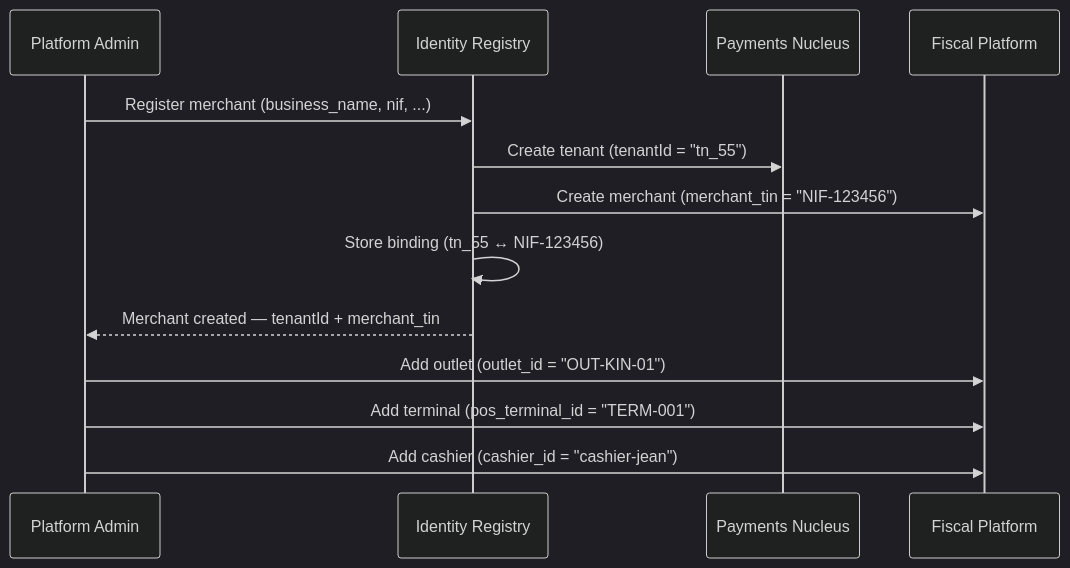
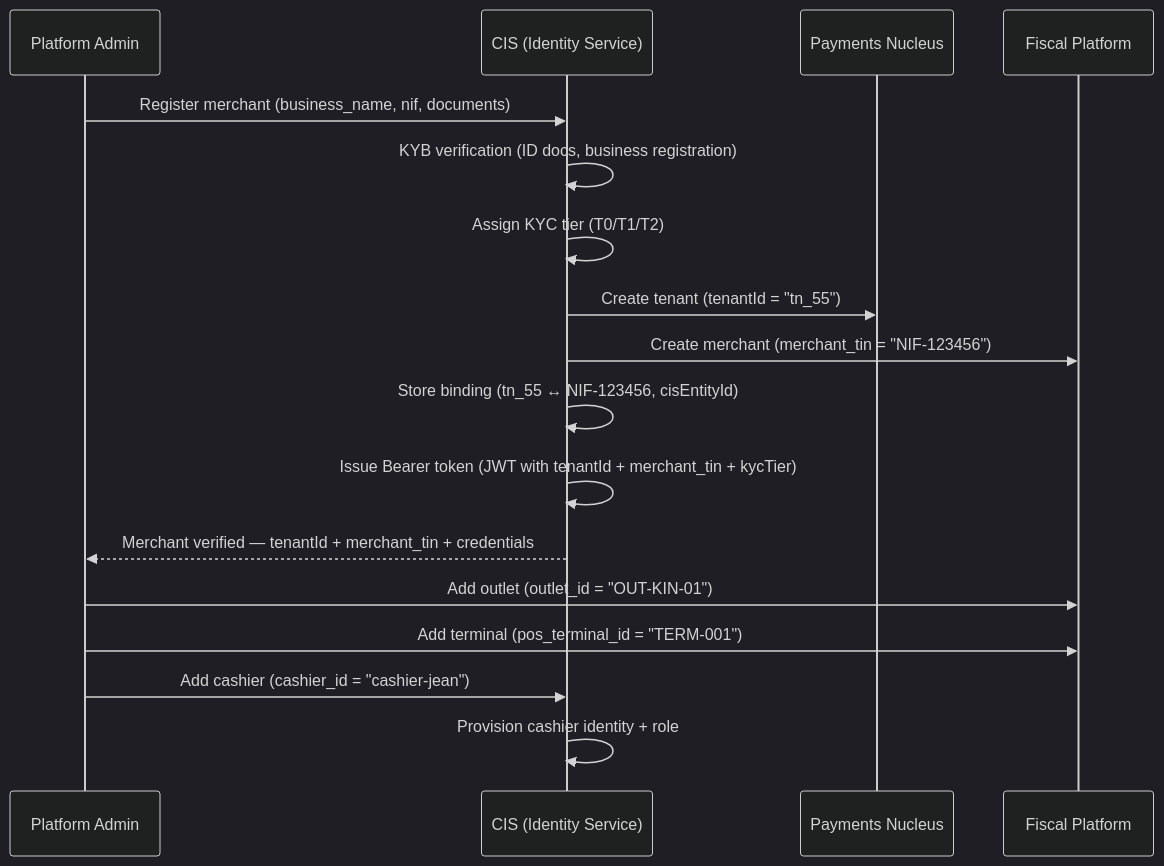
Before and after one commit to stalela/stalela-docs: the diagram in docs/30-integration/merchant-identity.md, drawn with Mermaid (dark theme). The commit also changed other lines of this file and 106 other files, not shown here.

````diff
--- a/docs/30-integration/merchant-identity.md
+++ b/docs/30-integration/merchant-identity.md
@@ -45,17 +47,21 @@
 ```mermaid
 sequenceDiagram
     participant Admin as Platform Admin
-    participant REG as Identity Registry
+    participant CIS as CIS (Identity Service)
     participant PAY as Payments Nucleus
     participant FIS as Fiscal Platform
 
-    Admin->>REG: Register merchant (business_name, nif, ...)
-    REG->>PAY: Create tenant (tenantId = "tn_55")
-    REG->>FIS: Create merchant (merchant_tin = "NIF-123456")
-    REG->>REG: Store binding (tn_55 ↔ NIF-123456)
-    REG-->>Admin: Merchant created — tenantId + merchant_tin
+    Admin->>CIS: Register merchant (business_name, nif, documents)
+    CIS->>CIS: KYB verification (ID docs, business registration)
+    CIS->>CIS: Assign KYC tier (T0/T1/T2)
+    CIS->>PAY: Create tenant (tenantId = "tn_55")
+    CIS->>FIS: Create merchant (merchant_tin = "NIF-123456")
+    CIS->>CIS: Store binding (tn_55 ↔ NIF-123456, cisEntityId)
+    CIS->>CIS: Issue Bearer token (JWT with tenantId + merchant_tin + kycTier)
+    CIS-->>Admin: Merchant verified — tenantId + merchant_tin + credentials
 
     Admin->>FIS: Add outlet (outlet_id = "OUT-KIN-01")
     Admin->>FIS: Add terminal (pos_terminal_id = "TERM-001")
-    Admin->>FIS: Add cashier (cashier_id = "cashier-jean")
+    Admin->>CIS: Add cashier (cashier_id = "cashier-jean")
+    CIS->>CIS: Provision cashier identity + role
 ```
````
